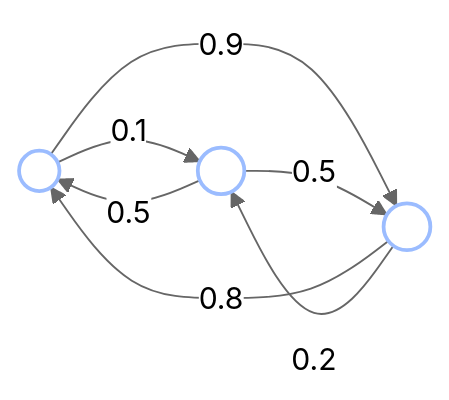
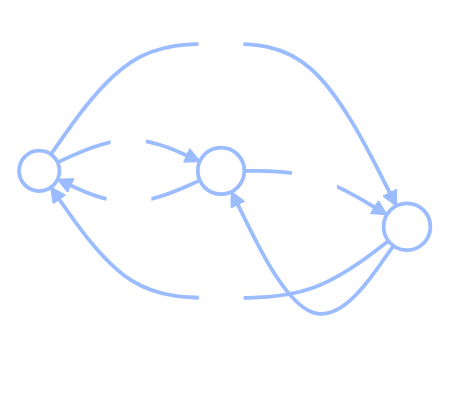
The second of 2 diagrams in content/intro2/13_markov_chains.md (josephausterweil/probintro), drawn with Mermaid (neutral theme) before and after one commit. The commit also changed other lines of this file, not shown here.

First line of the commit message:
Ch 13: fix MathJax thin-space rendering + dark-bg mermaid arrows

````diff
--- a/content/intro2/13_markov_chains.md
+++ b/content/intro2/13_markov_chains.md
@@ -209,11 +210,12 @@
 ```mermaid
 graph LR
     S1(("1")) -->|0.1| S2(("2"))
     S1 -->|0.9| S3(("3"))
     S2 -->|0.5| S1
     S2 -->|0.5| S3
     S3 -->|0.8| S1
     S3 -->|0.2| S2
     classDef node fill:none,stroke:#9bbcff,stroke-width:2px,color:#fff
     class S1,S2,S3 node
+    linkStyle default stroke:#9bbcff,stroke-width:2px,color:#fff
 ```
````
